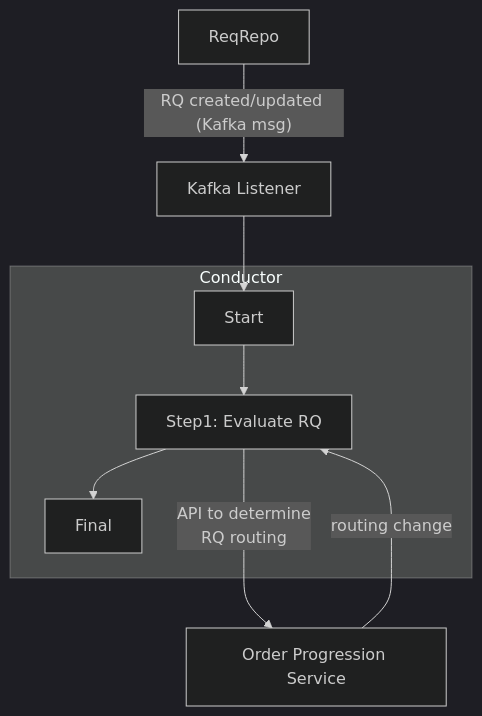
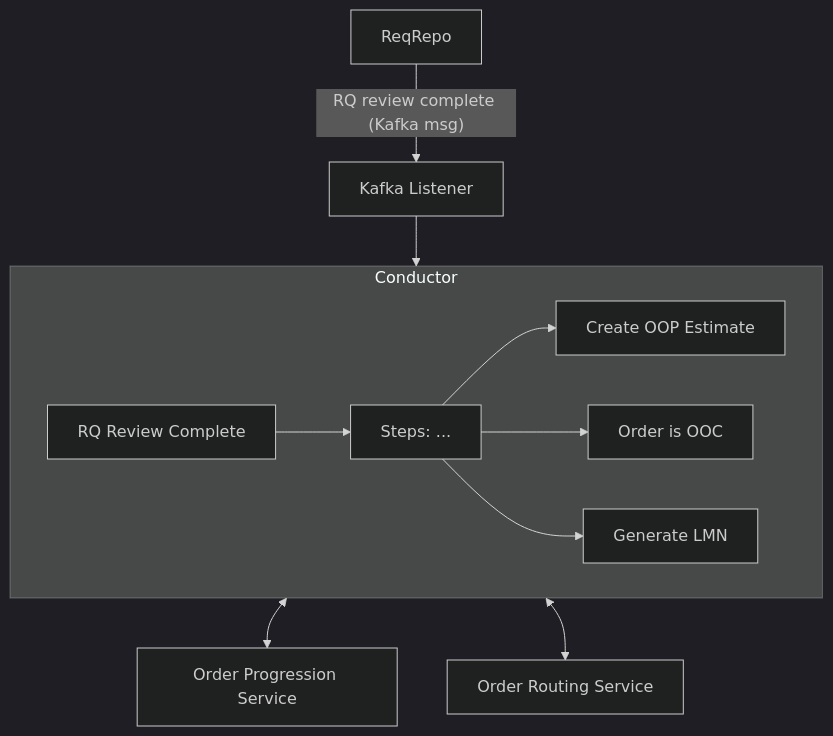
Before and after one commit to jd-brennan/doc: the diagram in playground.md, drawn with Mermaid (dark theme).

Commit message:
New diag

````diff
--- a/playground.md
+++ b/playground.md
@@ -17,11 +17,13 @@
 ```mermaid
-flowchart TB
-    RR[ReqRepo] -- "RQ created/updated (Kafka msg)" --> ORS
-    ORS["Kafka Listener"] --> Start
-    Step1 -- "API to determine <br/>RQ routing" --> OPS
-    OPS["Order Progression Service"] -- routing change ---> Step1
+flowchart TD
+    RR[ReqRepo] -- "RQ review complete (Kafka msg)" --> ORSL
+    ORSL["Kafka Listener"] --> Conductor
+    Conductor <--> OPS["Order Progression Service"]
+    Conductor <--> ORS["Order Routing Service"]
     subgraph "Conductor"
-        Start --> Step1["Step1: Evaluate RQ"]
-	    Step1 --> Final
+        Start["RQ Review Complete"] --> Step1["Steps: ..."]
+	    Step1 --> OOP["Create OOP Estimate"]
+        Step1 --> OOC["Order is OOC"]
+        Step1 --> LMN["Generate LMN"]
 end
 ```
````
